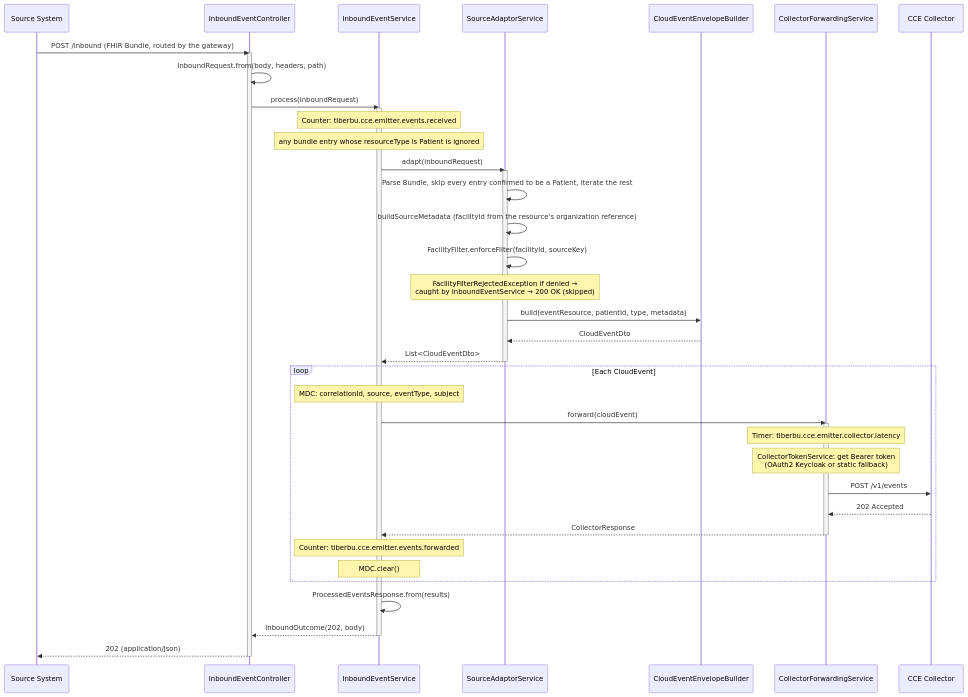
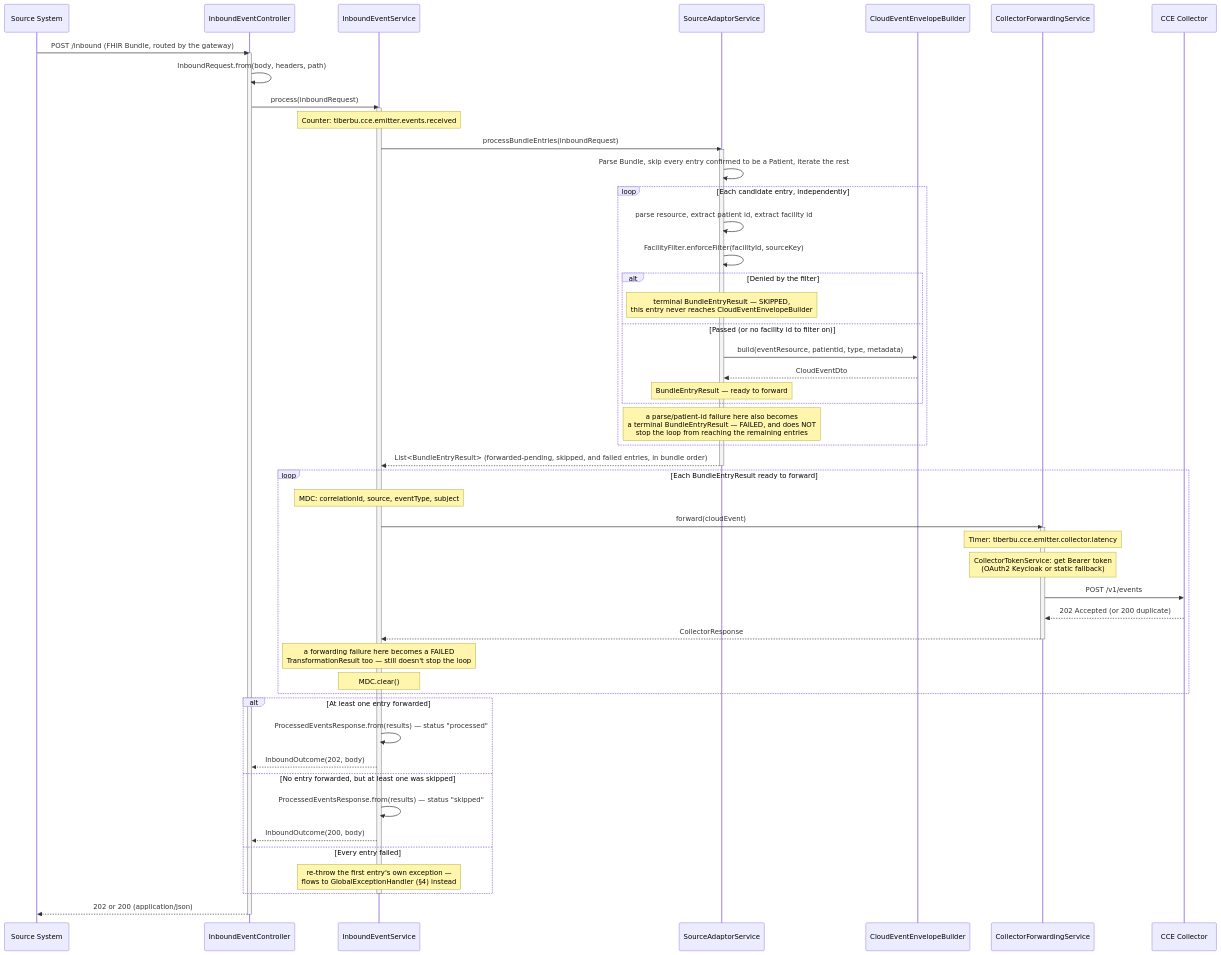
Before and after one commit to ishashankakkasali/tiberbu-cce-emitter-adaptor: the second of 7 diagrams in docs/flow-diagrams.md, drawn with Mermaid. The commit also changed other lines of this file and 14 other files, not shown here.

````diff
--- a/docs/flow-diagrams.md
+++ b/docs/flow-diagrams.md
@@ -44,54 +44,68 @@
 ```mermaid
 sequenceDiagram
     participant Src as Source System
     participant Ctrl as InboundEventController
     participant EvtSvc as InboundEventService
     participant Svc as SourceAdaptorService
     participant CE as CloudEventEnvelopeBuilder
     participant Fwd as CollectorForwardingService
     participant Col as CCE Collector
 
     Src->>Ctrl: POST /inbound (FHIR Bundle, routed by the gateway)
     activate Ctrl
 
     Ctrl->>Ctrl: InboundRequest.from(body, headers, path)
 
     Ctrl->>EvtSvc: process(inboundRequest)
     activate EvtSvc
 
     Note over EvtSvc: Counter: tiberbu.cce.emitter.events.received
-    Note over EvtSvc: any bundle entry whose resourceType is Patient is ignored
 
-    EvtSvc->>Svc: adapt(inboundRequest)
+    EvtSvc->>Svc: processBundleEntries(inboundRequest)
     activate Svc
     Svc->>Svc: Parse Bundle, skip every entry confirmed to be a Patient, iterate the rest
-    Svc->>Svc: buildSourceMetadata (facilityId from the resource's organization reference)
-    Svc->>Svc: FacilityFilter.enforceFilter(facilityId, sourceKey)
-    Note over Svc: FacilityFilterRejectedException if denied →<br/>caught by InboundEventService → 200 OK (skipped)
-    Svc->>CE: build(eventResource, patientId, type, metadata)
-    CE-->>Svc: CloudEventDto
-    Svc-->>EvtSvc: List<CloudEventDto>
+
+    loop Each candidate entry, independently
+        Svc->>Svc: parse resource, extract patient id, extract facility id
+        Svc->>Svc: FacilityFilter.enforceFilter(facilityId, sourceKey)
+        alt Denied by the filter
+            Note over Svc: terminal BundleEntryResult — SKIPPED,<br/>this entry never reaches CloudEventEnvelopeBuilder
+        else Passed (or no facility id to filter on)
+            Svc->>CE: build(eventResource, patientId, type, metadata)
+            CE-->>Svc: CloudEventDto
+            Note over Svc: BundleEntryResult — ready to forward
+        end
+        Note over Svc: a parse/patient-id failure here also becomes<br/>a terminal BundleEntryResult — FAILED, and does NOT<br/>stop the loop from reaching the remaining entries
+    end
+
+    Svc-->>EvtSvc: List<BundleEntryResult> (forwarded-pending, skipped, and failed entries, in bundle order)
     deactivate Svc
 
-    loop Each CloudEvent
+    loop Each BundleEntryResult ready to forward
         Note over EvtSvc: MDC: correlationId, source, eventType, subject
         EvtSvc->>Fwd: forward(cloudEvent)
         activate Fwd
         Note over Fwd: Timer: tiberbu.cce.emitter.collector.latency
         Note over Fwd: CollectorTokenService: get Bearer token<br/>(OAuth2 Keycloak or static fallback)
         Fwd->>Col: POST /v1/events
-        Col-->>Fwd: 202 Accepted
+        Col-->>Fwd: 202 Accepted (or 200 duplicate)
         Fwd-->>EvtSvc: CollectorResponse
         deactivate Fwd
-        Note over EvtSvc: Counter: tiberbu.cce.emitter.events.forwarded
+        Note over EvtSvc: a forwarding failure here becomes a FAILED<br/>TransformationResult too — still doesn't stop the loop
         Note over EvtSvc: MDC.clear()
     end
 
-    EvtSvc->>EvtSvc: ProcessedEventsResponse.from(results)
-
-    EvtSvc-->>Ctrl: InboundOutcome(202, body)
+    alt At least one entry forwarded
+        EvtSvc->>EvtSvc: ProcessedEventsResponse.from(results) — status "processed"
+        EvtSvc-->>Ctrl: InboundOutcome(202, body)
+    else No entry forwarded, but at least one was skipped
+        EvtSvc->>EvtSvc: ProcessedEventsResponse.from(results) — status "skipped"
+        EvtSvc-->>Ctrl: InboundOutcome(200, body)
+    else Every entry failed
+        Note over EvtSvc: re-throw the first entry's own exception —<br/>flows to GlobalExceptionHandler (§4) instead
+    end
     deactivate EvtSvc
 
-    Ctrl-->>Src: 202 (application/json)
+    Ctrl-->>Src: 202 or 200 (application/json)
     deactivate Ctrl
 ```
````
